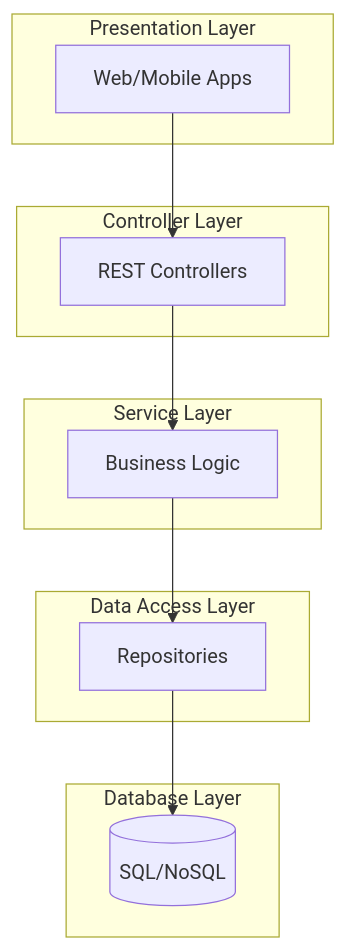
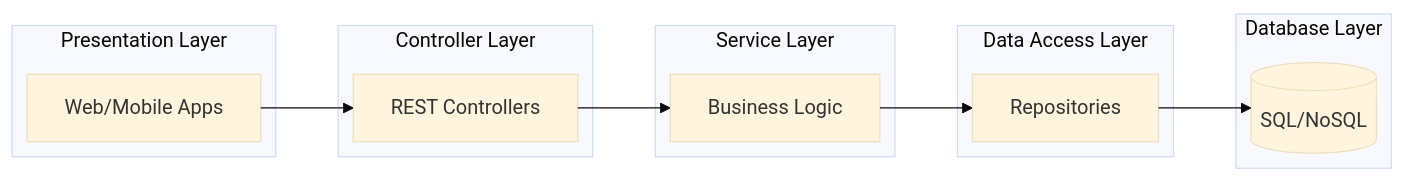
Before and after one commit to Vineet-Sharma-Medium-Stories/Medium-Build-Tool: the first of 2 diagrams in Design Patterns/Design Patterns: Part 1 -  Redefining Design Patterns.md, drawn with Mermaid. The commit also changed other lines of this file and 3 other files, not shown here.

````diff
--- a/Design Patterns/Design Patterns: Part 1 -  Redefining Design Patterns.md
+++ b/Design Patterns/Design Patterns: Part 1 -  Redefining Design Patterns.md
@@ -193,27 +194,32 @@
 ```mermaid
-graph TD
+---
+config:
+  theme: base
+  layout: elk
+---
+graph LR
     subgraph "Presentation Layer"
         UI[Web/Mobile Apps]
     end
     
     subgraph "Controller Layer"
         API[REST Controllers]
     end
     
     subgraph "Service Layer"
         Services[Business Logic]
     end
     
     subgraph "Data Access Layer"
         Repo[Repositories]
     end
     
     subgraph "Database Layer"
         DB[(SQL/NoSQL)]
     end
     
     UI --> API
     API --> Services
     Services --> Repo
     Repo --> DB
 ```
````
